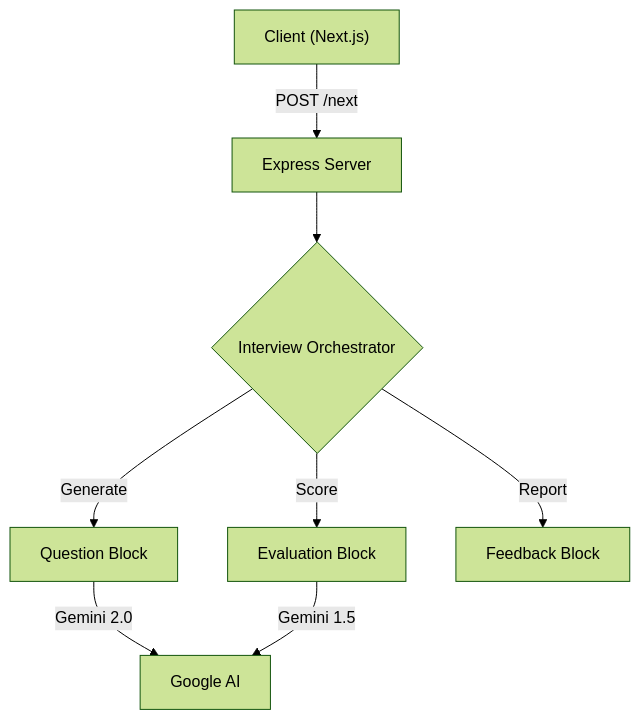
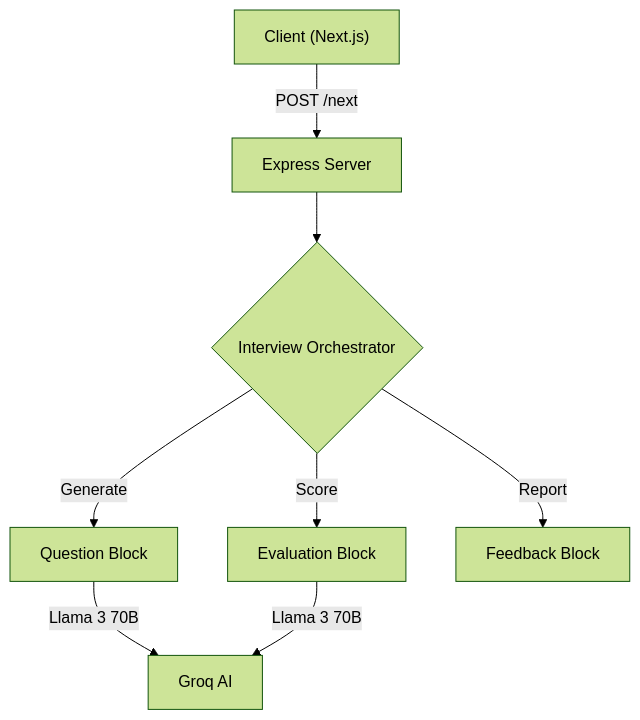
One commit to Guneshbari/mock-mentor changed the diagram in README.md. Above: the diagram before and after it, drawn with Mermaid (forest theme). The commit also changed other lines of this file and 4 other files, not shown here.

Commit message:
Revert from Gemini to Groq AI (Llama 3 70B)

````diff
--- a/README.md
+++ b/README.md
@@ -63,10 +56,10 @@
 ```mermaid
 graph TD
     A["Client (Next.js)"] -->|"POST /next"| B["Express Server"]
     B --> C{"Interview Orchestrator"}
     C -->|Generate| D["Question Block"]
     C -->|Score| E["Evaluation Block"]
     C -->|Report| F["Feedback Block"]
-    D -->|"Gemini 2.0"| G["Google AI"]
-    E -->|"Gemini 1.5"| G
+    D -->|"Llama 3 70B"| G["Groq AI"]
+    E -->|"Llama 3 70B"| G
 ```
````
